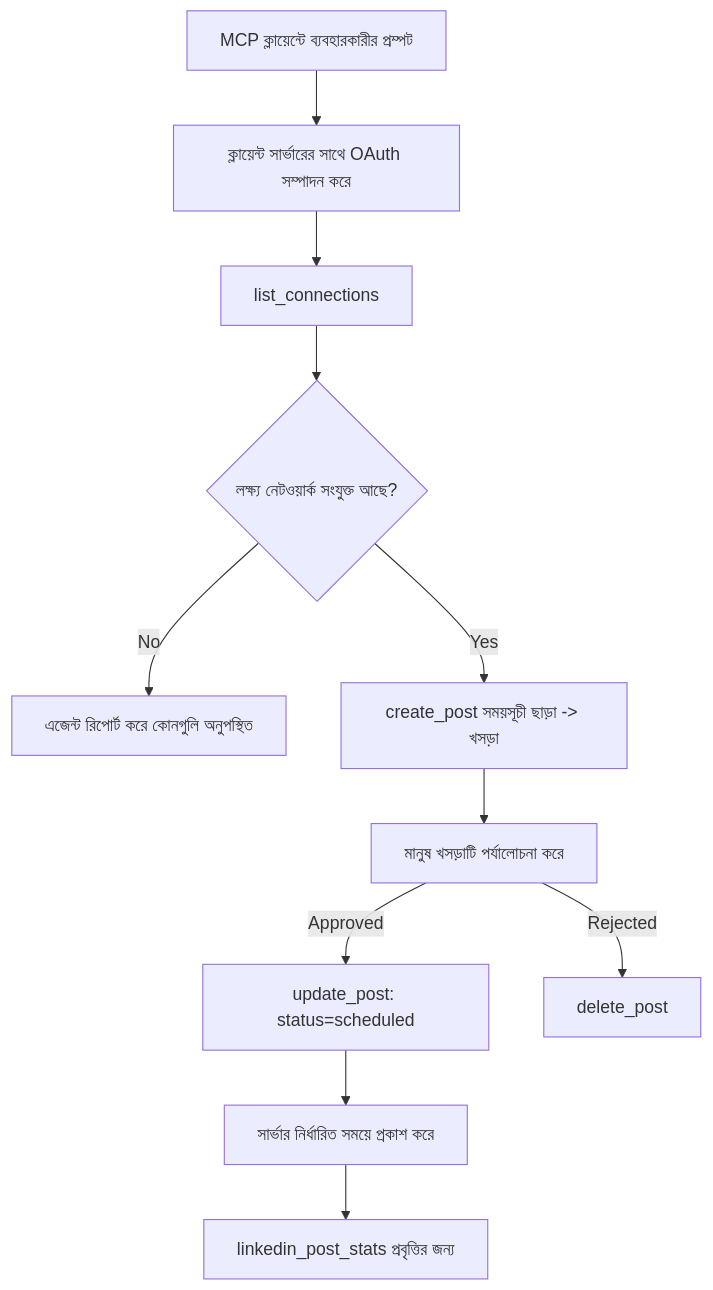
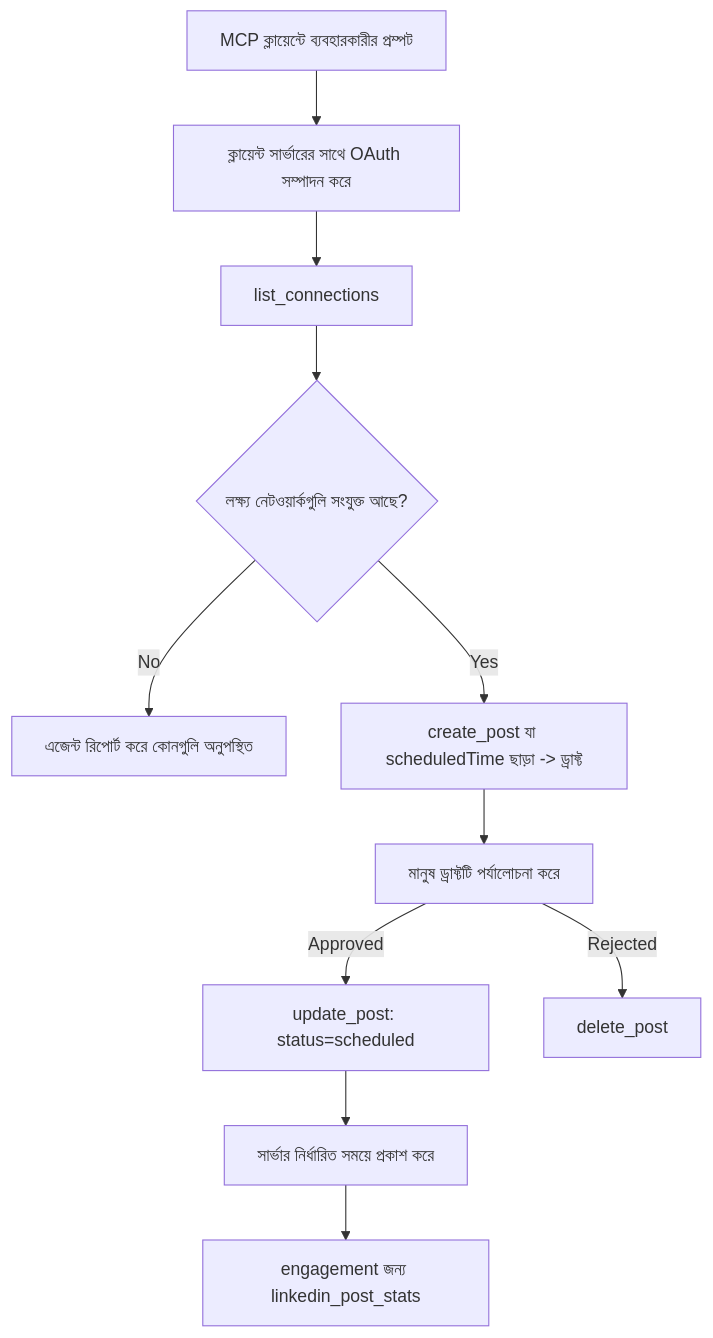
Before and after one commit to microsoft/mcp-for-beginners: the diagram in translations/bn/09-CaseStudy/publora-social-publishing.md, drawn with Mermaid. The commit also changed other lines of this file and 118 other files, not shown here.

````diff
--- a/translations/bn/09-CaseStudy/publora-social-publishing.md
+++ b/translations/bn/09-CaseStudy/publora-social-publishing.md
@@ -47,13 +47,13 @@
 ```mermaid
 flowchart TD
     A[MCP ক্লায়েন্টে ব্যবহারকারীর প্রম্পট] --> B[ক্লায়েন্ট সার্ভারের সাথে OAuth সম্পাদন করে]
     B --> C[list_connections]
-    C --> D{লক্ষ্য নেটওয়ার্ক সংযুক্ত আছে?}
+    C --> D{লক্ষ্য নেটওয়ার্কগুলি সংযুক্ত আছে?}
     D -- No --> E[এজেন্ট রিপোর্ট করে কোনগুলি অনুপস্থিত]
-    D -- Yes --> F[create_post সময়সূচী ছাড়া -> খসড়া]
-    F --> G[মানুষ খসড়াটি পর্যালোচনা করে]
+    D -- Yes --> F[create_post যা scheduledTime ছাড়া -> ড্রাফ্ট]
+    F --> G[মানুষ ড্রাফ্টটি পর্যালোচনা করে]
     G -- Approved --> H[update_post: status=scheduled]
     G -- Rejected --> I[delete_post]
     H --> J[সার্ভার নির্ধারিত সময়ে প্রকাশ করে]
-    J --> K[linkedin_post_stats প্রবৃত্তির জন্য]
+    J --> K[engagement জন্য linkedin_post_stats]
 ```
````
